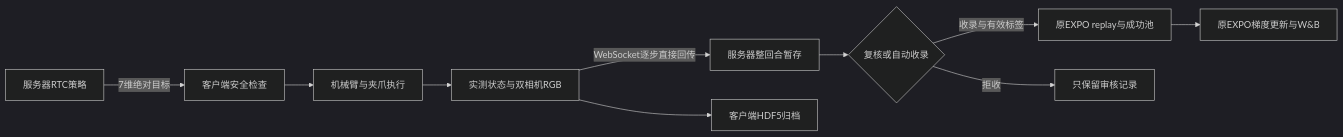
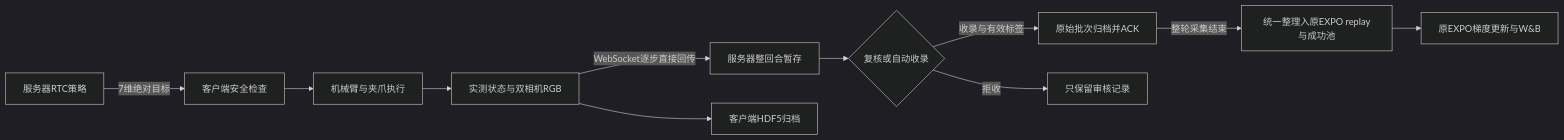
Before and after one commit to taiyigong333/piperx_realtime_expo_ft: the diagram in docs/真机RL数据采集转换传输检查.md, drawn with Mermaid (dark theme). The commit also changed other lines of this file and 19 other files, not shown here.

````diff
--- a/docs/真机RL数据采集转换传输检查.md
+++ b/docs/真机RL数据采集转换传输检查.md
@@ -9,12 +9,13 @@
 ```mermaid
 flowchart LR
   A[服务器RTC策略] -->|7维绝对目标| B[客户端安全检查]
   B --> C[机械臂与夹爪执行]
   C --> D[实测状态与双相机RGB]
   D -->|WebSocket逐步直接回传| E[服务器整回合暂存]
   D --> F[客户端HDF5归档]
   E --> G{复核或自动收录}
-  G -->|收录与有效标签| H[原EXPO replay与成功池]
+  G -->|收录与有效标签| Q[原始批次归档并ACK]
+  Q -->|整轮采集结束| H[统一整理入原EXPO replay与成功池]
   G -->|拒收| I[只保留审核记录]
   H --> J[原EXPO梯度更新与W&B]
 ```
````
